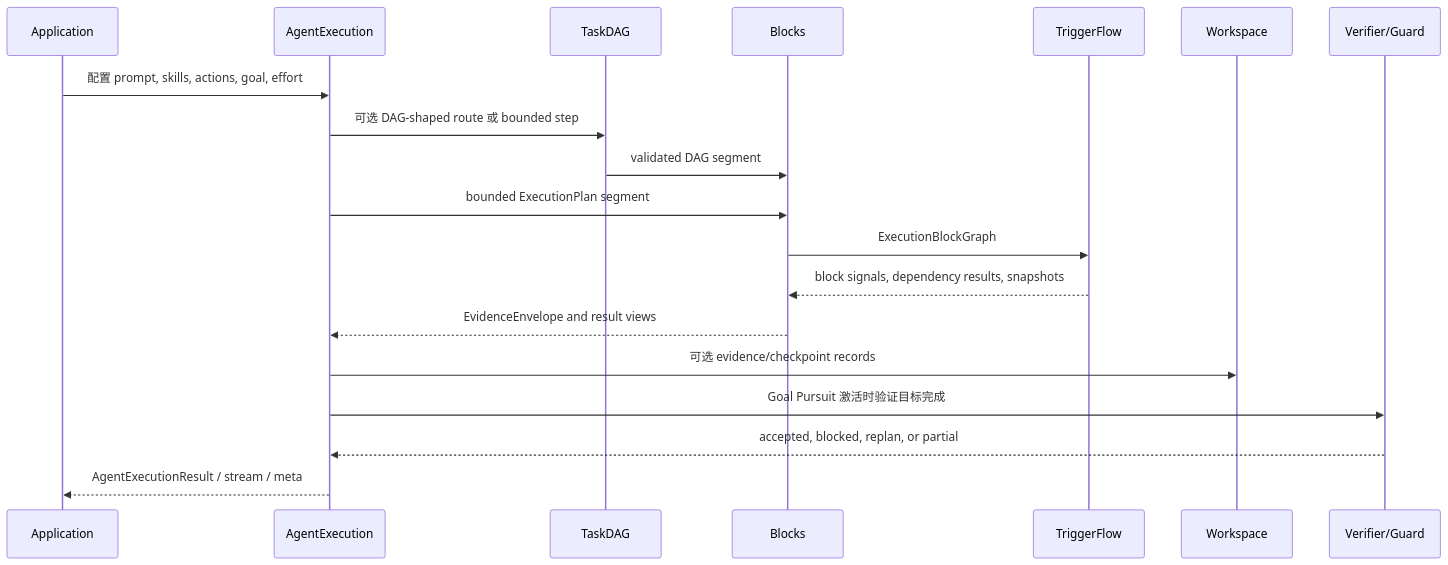
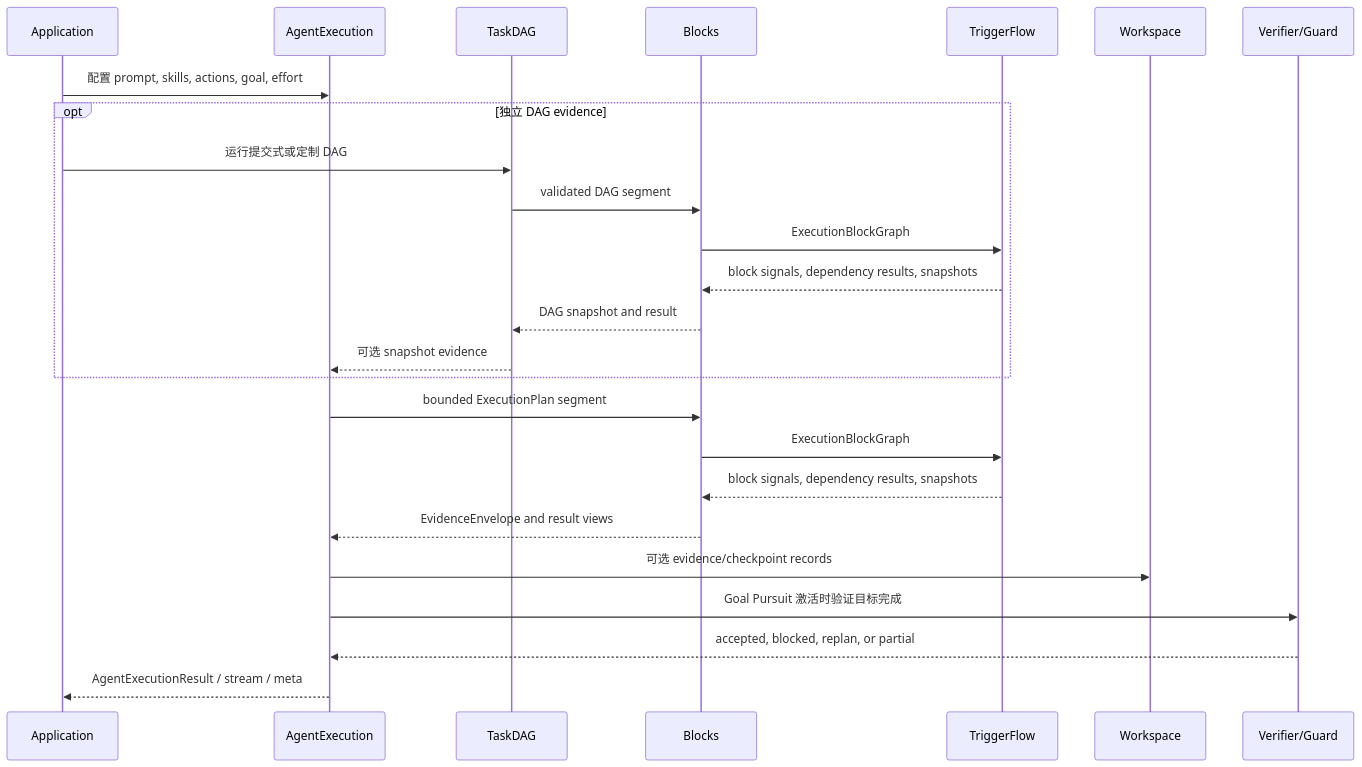
One commit to reconsumeralization/Agently changed the second of 2 diagrams in docs/cn/reference/execution-layer-selection.md. Above: the diagram before and after it, drawn with Mermaid. The commit also changed other lines of this file and 1 other file, not shown here.

Commit message:
docs: clarify TaskDAG evidence boundary

````diff
--- a/docs/cn/reference/execution-layer-selection.md
+++ b/docs/cn/reference/execution-layer-selection.md
@@ -134,22 +137,28 @@
 ```mermaid
 sequenceDiagram
     participant App as Application
     participant AE as AgentExecution
     participant DAG as TaskDAG
     participant Blocks as Blocks
     participant TF as TriggerFlow
     participant WS as Workspace
     participant V as Verifier/Guard
 
     App->>AE: 配置 prompt, skills, actions, goal, effort
-    AE->>DAG: 可选 DAG-shaped route 或 bounded step
-    DAG->>Blocks: validated DAG segment
+    opt 独立 DAG evidence
+        App->>DAG: 运行提交式或定制 DAG
+        DAG->>Blocks: validated DAG segment
+        Blocks->>TF: ExecutionBlockGraph
+        TF-->>Blocks: block signals, dependency results, snapshots
+        Blocks-->>DAG: DAG snapshot and result
+        DAG-->>AE: 可选 snapshot evidence
+    end
     AE->>Blocks: bounded ExecutionPlan segment
     Blocks->>TF: ExecutionBlockGraph
     TF-->>Blocks: block signals, dependency results, snapshots
     Blocks-->>AE: EvidenceEnvelope and result views
     AE->>WS: 可选 evidence/checkpoint records
     AE->>V: Goal Pursuit 激活时验证目标完成
     V-->>AE: accepted, blocked, replan, or partial
     AE-->>App: AgentExecutionResult / stream / meta
 ```
````
